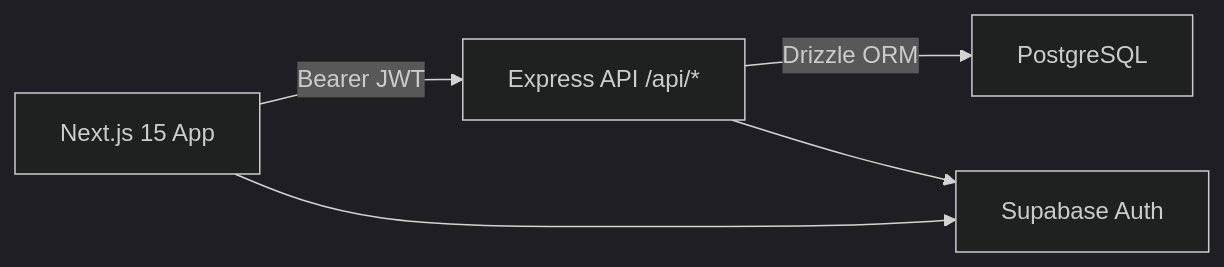
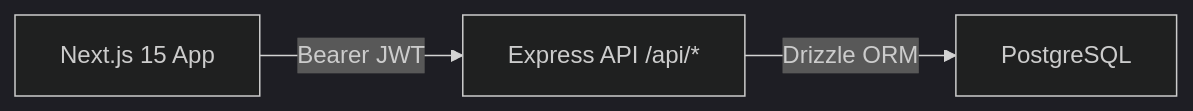
Before and after one commit to luminofy-space/eboom: the diagram in README.md, drawn with Mermaid (dark theme). The commit also changed other lines of this file and 28 other files, not shown here.

````diff
--- a/README.md
+++ b/README.md
@@ -39,11 +39,8 @@
 ```mermaid
 flowchart LR
   Browser["Next.js 15 App"]
-  SupabaseAuth["Supabase Auth"]
   ExpressAPI["Express API /api/*"]
   Postgres["PostgreSQL"]
   Browser -->|"Bearer JWT"| ExpressAPI
-  Browser --> SupabaseAuth
   ExpressAPI -->|"Drizzle ORM"| Postgres
-  ExpressAPI --> SupabaseAuth
 ```
````
